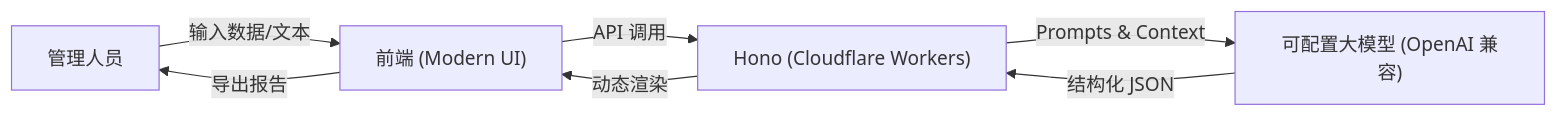
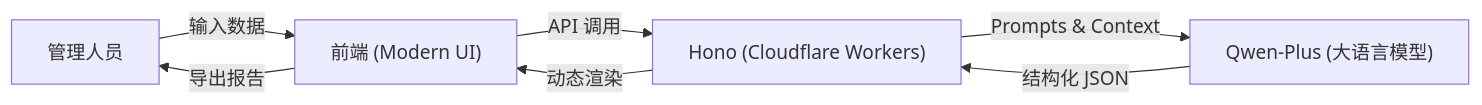
The diagram in README.md (HuoTaoCN/RAPAS), drawn with Mermaid before and after one commit. The commit also changed other lines of this file and 1 other file, not shown here.

````diff
--- a/README.md
+++ b/README.md
@@ -71,9 +71,9 @@
 ```mermaid
 graph LR
-    User["管理人员"] -->|输入数据/文本| Web["前端 (Modern UI)"]
+    User["管理人员"] -->|输入数据| Web["前端 (Modern UI)"]
     Web -->|"API 调用"| Functions["Hono (Cloudflare Workers)"]
-    Functions -->|"Prompts & Context"| LLM["可配置大模型 (OpenAI 兼容)"]
+    Functions -->|"Prompts & Context"| LLM["Qwen-Plus (大语言模型)"]
     LLM -->|"结构化 JSON"| Functions
     Functions -->|"动态渲染"| Web
     Web -->|"导出报告"| User
 ```
````
